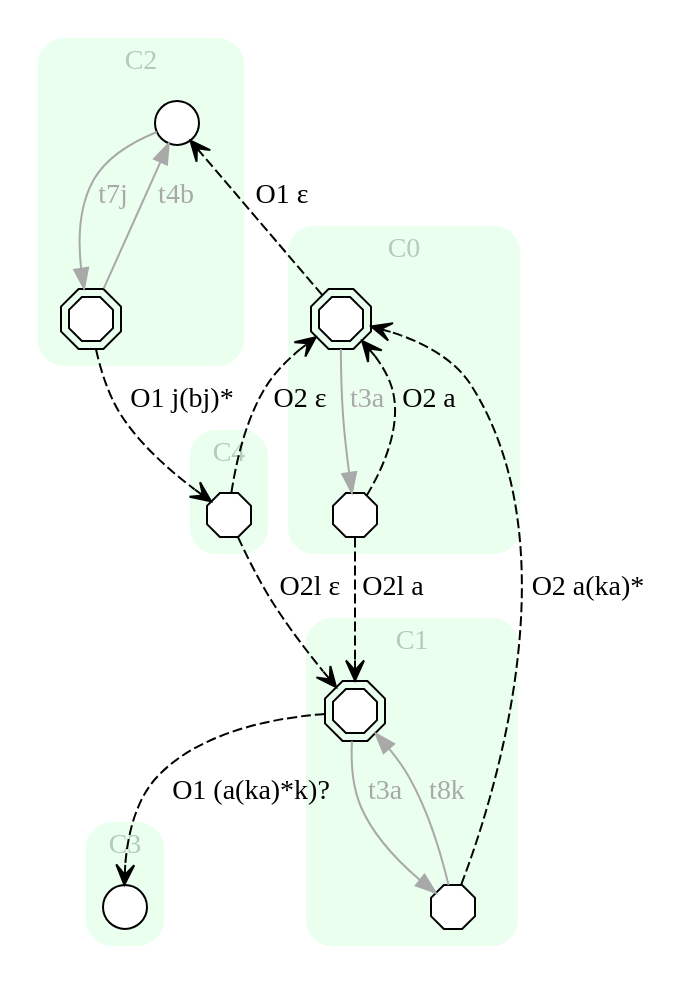
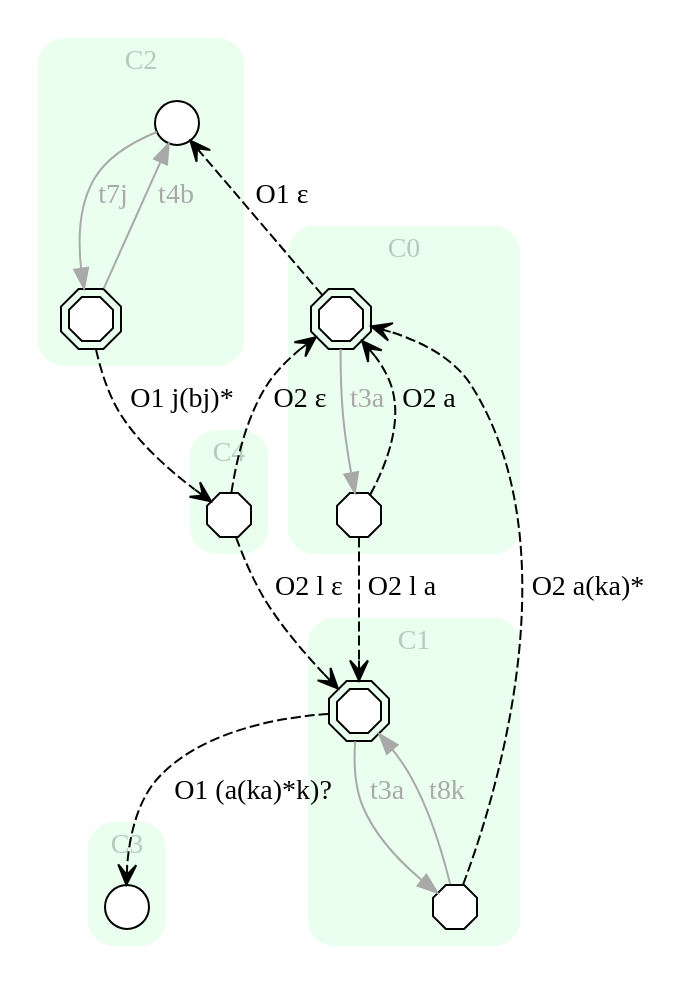
The diagram in input/s2_PEX.dot (Stefano-BS/Explanatory-Diagnosis), drawn with Graphviz before and after one commit. The commit also changed 40 other files, not shown here.

```diff
--- a/input/s2_PEX.dot
+++ b/input/s2_PEX.dot
@@ -1,44 +1,44 @@
 digraph "EXPinput/s2" {
 node [style=filled fillcolor=white]
 subgraph cluster0 {
 style="rounded,filled" label="C0" fontcolor="#B2CCBB" color="#EAFFEE"
 edge[color=darkgray fontcolor=darkgray]
 node [shape=doubleoctagon width=0.3 height=0.3]; C0S0 [label=""];
 node [shape=octagon width=0.3 height=0.3]; C0S1 [label=""];
 C0S0 -> C0S1 [label=t3a]
 }
 subgraph cluster1 {
 style="rounded,filled" label="C1" fontcolor="#B2CCBB" color="#EAFFEE"
 edge[color=darkgray fontcolor=darkgray]
 node [shape=doubleoctagon width=0.3 height=0.3]; C1S0 [label=""];
 node [shape=octagon width=0.3 height=0.3]; C1S1 [label=""];
 C1S0 -> C1S1 [label=t3a]
 C1S1 -> C1S0 [label=t8k]
 }
 subgraph cluster2 {
 style="rounded,filled" label="C2" fontcolor="#B2CCBB" color="#EAFFEE"
 edge[color=darkgray fontcolor=darkgray]
 node [shape=circle width=0.3 height=0.3]; C2S0 [label=""];
 node [shape=doubleoctagon width=0.3 height=0.3]; C2S1 [label=""];
 C2S0 -> C2S1 [label=t7j]
 C2S1 -> C2S0 [label=t4b]
 }
 subgraph cluster3 {
 style="rounded,filled" label="C3" fontcolor="#B2CCBB" color="#EAFFEE"
 edge[color=darkgray fontcolor=darkgray]
 node [shape=circle width=0.3 height=0.3]; C3S0 [label=""];
 }
 subgraph cluster4 {
 style="rounded,filled" label="C4" fontcolor="#B2CCBB" color="#EAFFEE"
 edge[color=darkgray fontcolor=darkgray]
 node [shape=octagon width=0.3 height=0.3]; C4S0 [label=""];
 }
 C0S1 -> C0S0 [style=dashed arrowhead=vee label="O2 a"]
-C0S1 -> C1S0 [style=dashed arrowhead=vee label="O2l a"]
+C0S1 -> C1S0 [style=dashed arrowhead=vee label="O2 l a"]
 C1S1 -> C0S0 [style=dashed arrowhead=vee label="O2 a(ka)*"]
 C0S0 -> C2S0 [style=dashed arrowhead=vee label="O1 ε"]
 C1S0 -> C3S0 [style=dashed arrowhead=vee label="O1 (a(ka)*k)?"]
 C2S1 -> C4S0 [style=dashed arrowhead=vee label="O1 j(bj)*"]
-C4S0 -> C1S0 [style=dashed arrowhead=vee label="O2l ε"]
+C4S0 -> C1S0 [style=dashed arrowhead=vee label="O2 l ε"]
 C4S0 -> C0S0 [style=dashed arrowhead=vee label="O2 ε"]
 }
```
